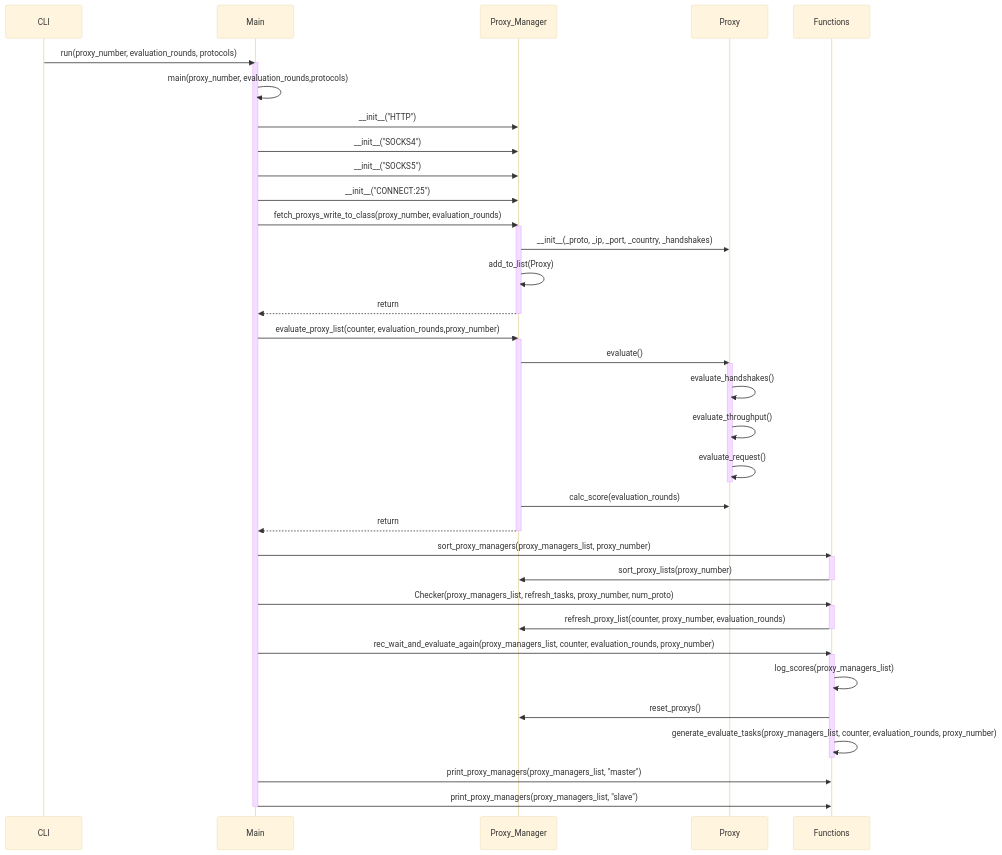
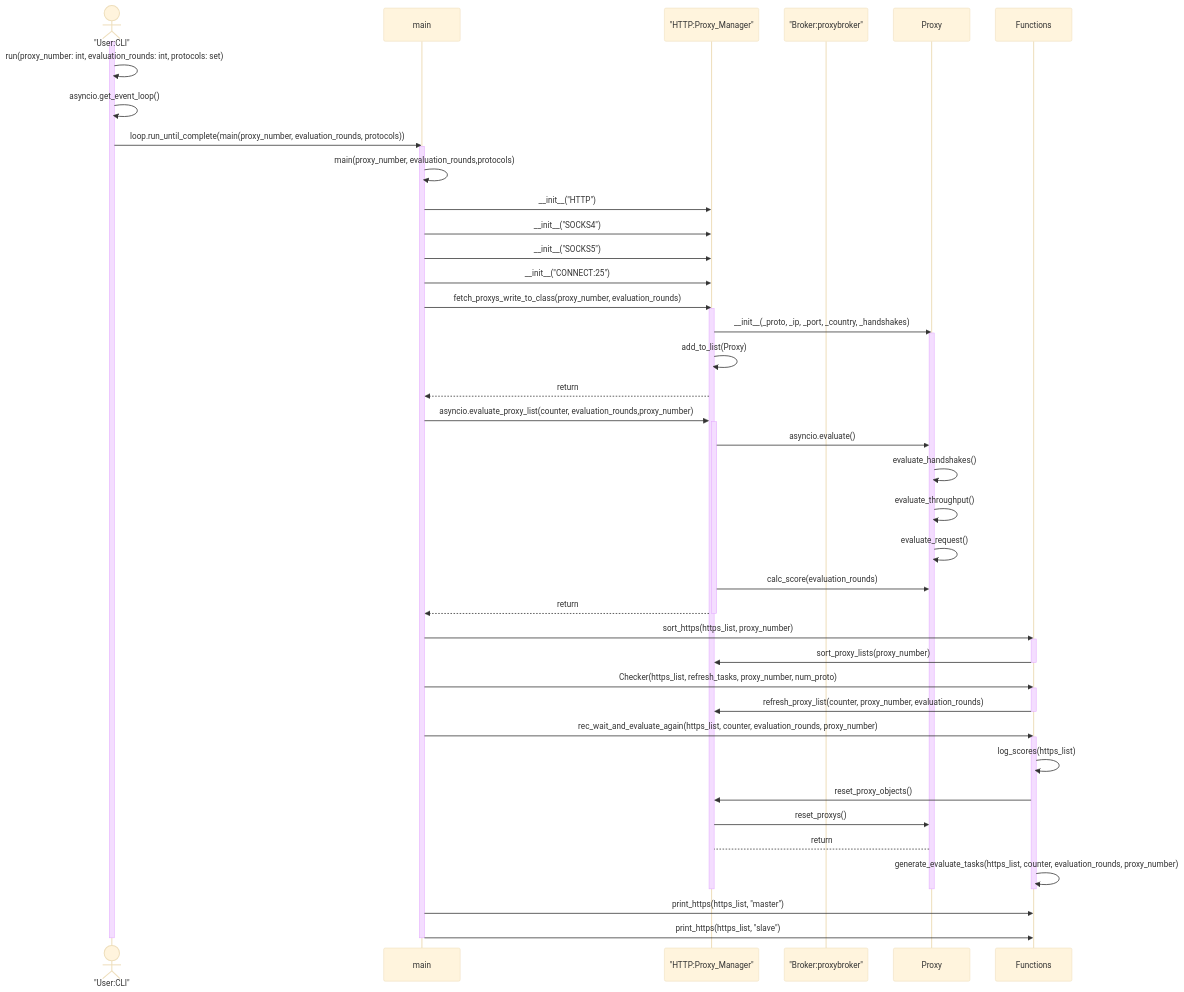
One commit to quintuscodes/Proxy-Reliability-using-Proxybroker2 changed the second of 2 diagrams in README.md. Above: the diagram before and after it, drawn with Mermaid (base theme). The commit also changed other lines of this file and 2 other files, not shown here.

Commit message:
Soft Changes and README

````diff
--- a/README.md
+++ b/README.md
@@ -84,56 +84,64 @@
 ```mermaid 
 
 sequenceDiagram
-    participant CLI
-    participant Main
-    participant Proxy_Manager
+    actor CLI as "User:CLI"
+    participant main
+    participant http as "HTTP:Proxy_Manager"
+    participant broker as "Broker:proxybroker"
     participant Proxy
     participant Functions
 
-    CLI->>Main: run(proxy_number, evaluation_rounds, protocols)
-    activate Main
-    Main->>Main: main(proxy_number, evaluation_rounds,protocols)
+    activate CLI
+    CLI->>CLI: run(proxy_number: int, evaluation_rounds: int, protocols: set)
+    CLI->>CLI: asyncio.get_event_loop()
+    CLI->>main: loop.run_until_complete(main(proxy_number, evaluation_rounds, protocols))
+    activate main
+    main->>main: main(proxy_number, evaluation_rounds,protocols)
     
-    Main->>Proxy_Manager: __init__("HTTP")
-    Main->>Proxy_Manager: __init__("SOCKS4")
-    Main->>Proxy_Manager: __init__("SOCKS5")
-    Main->>Proxy_Manager: __init__("CONNECT:25")
-    Main->>Proxy_Manager:fetch_proxys_write_to_class(proxy_number, evaluation_rounds)
-    activate Proxy_Manager
-    Proxy_Manager->>Proxy: __init__(_proto, _ip, _port, _country, _handshakes)
-    Proxy_Manager->>Proxy_Manager: add_to_list(Proxy)
-    Proxy_Manager-->>Main: return
-    deactivate Proxy_Manager
+    main->>http: __init__("HTTP")
+    main->>http: __init__("SOCKS4")
+    main->>http: __init__("SOCKS5")
+    main->>http: __init__("CONNECT:25")
+    main->>http:fetch_proxys_write_to_class(proxy_number, evaluation_rounds)
+    activate http
+    http->>Proxy: __init__(_proto, _ip, _port, _country, _handshakes)
+    activate Proxy
+    http->>http: add_to_list(Proxy)
+    http-->>main: return
+    
 
-    Main->>Proxy_Manager: evaluate_proxy_list(counter, evaluation_rounds,proxy_number)
-    activate Proxy_Manager
-    Proxy_Manager->>Proxy: evaluate()
-    activate Proxy
+    main->>http: asyncio.evaluate_proxy_list(counter, evaluation_rounds,proxy_number)
+    activate http
+    http->>Proxy: asyncio.evaluate()
     Proxy->>Proxy: evaluate_handshakes()
     Proxy->>Proxy: evaluate_throughput()
     Proxy->>Proxy: evaluate_request()
-    deactivate Proxy
-    Proxy_Manager->>Proxy: calc_score(evaluation_rounds)
-    Proxy_Manager-->>Main: return
-    deactivate Proxy_Manager
+    http->>Proxy: calc_score(evaluation_rounds)
+    http-->>main: return
+    deactivate http
 
-    Main->>Functions: sort_proxy_managers(proxy_managers_list, proxy_number)
+    main->>Functions: sort_https(https_list, proxy_number)
     activate Functions
-    Functions->>Proxy_Manager: sort_proxy_lists(proxy_number)
+    Functions->>http: sort_proxy_lists(proxy_number)
     deactivate Functions
 
-    Main->>Functions: Checker(proxy_managers_list, refresh_tasks, proxy_number, num_proto)
+    main->>Functions: Checker(https_list, refresh_tasks, proxy_number, num_proto)
     activate Functions
-    Functions->>Proxy_Manager: refresh_proxy_list(counter, proxy_number, evaluation_rounds)
+    Functions->>http: refresh_proxy_list(counter, proxy_number, evaluation_rounds)
     deactivate Functions
 
-    Main->>Functions: rec_wait_and_evaluate_again(proxy_managers_list, counter, evaluation_rounds, proxy_number)
+    main->>Functions: rec_wait_and_evaluate_again(https_list, counter, evaluation_rounds, proxy_number)
     activate Functions
-    Functions->>Functions: log_scores(proxy_managers_list)
-    Functions->>Proxy_Manager: reset_proxys()
-    Functions->>Functions: generate_evaluate_tasks(proxy_managers_list, counter, evaluation_rounds, proxy_number)
+    Functions->>Functions: log_scores(https_list)
+    Functions->>http: reset_proxy_objects()
+    http ->> Proxy: reset_proxys()
+    Proxy--> http: return
+    Functions->>Functions: generate_evaluate_tasks(https_list, counter, evaluation_rounds, proxy_number)
     deactivate Functions
-    Main->>Functions: print_proxy_managers(proxy_managers_list, "master")
-    Main->>Functions: print_proxy_managers(proxy_managers_list, "slave")
-    deactivate Main
+    deactivate http
+    deactivate Proxy
+    main->>Functions: print_https(https_list, "master")
+    main->>Functions: print_https(https_list, "slave")
+    deactivate main
+    deactivate CLI
 ```
````
